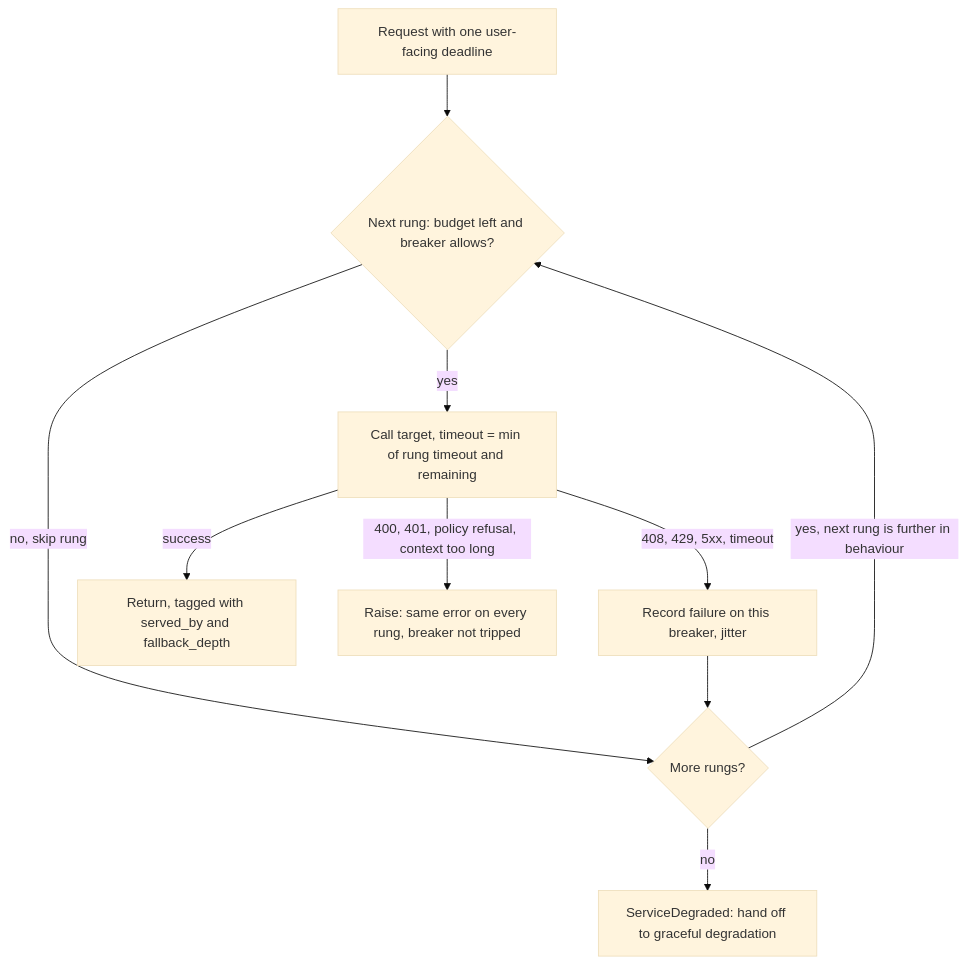
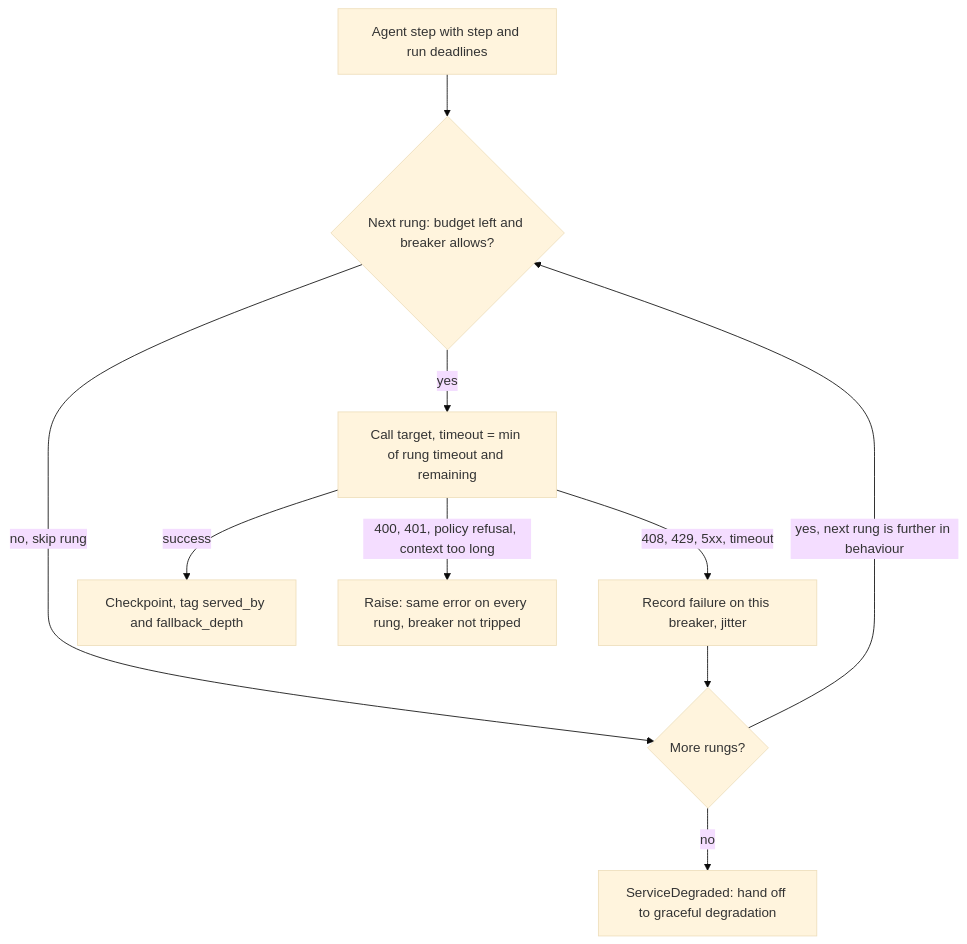
One commit to lovishmahajan97/agentic-learning changed the diagram in content/system-design/model-fallback-strategies.md. Above: the diagram before and after it, drawn with Mermaid (base theme). The commit also changed other lines of this file and 266 other files, not shown here.

````diff
--- a/content/system-design/model-fallback-strategies.md
+++ b/content/system-design/model-fallback-strategies.md
@@ -131,12 +150,12 @@
 ```mermaid
 flowchart TD
-    R["Request with one user-facing deadline"] --> N{"Next rung: budget left and breaker allows?"}
+    R["Agent step with step and run deadlines"] --> N{"Next rung: budget left and breaker allows?"}
     N -->|"no, skip rung"| MORE{"More rungs?"}
     N -->|"yes"| C["Call target, timeout = min of rung timeout and remaining"]
-    C -->|"success"| OK["Return, tagged with served_by and fallback_depth"]
+    C -->|"success"| OK["Checkpoint, tag served_by and fallback_depth"]
     C -->|"400, 401, policy refusal, context too long"| STOP["Raise: same error on every rung, breaker not tripped"]
     C -->|"408, 429, 5xx, timeout"| F["Record failure on this breaker, jitter"]
     F --> MORE
     MORE -->|"yes, next rung is further in behaviour"| N
     MORE -->|"no"| D["ServiceDegraded: hand off to graceful degradation"]
 ```
````
